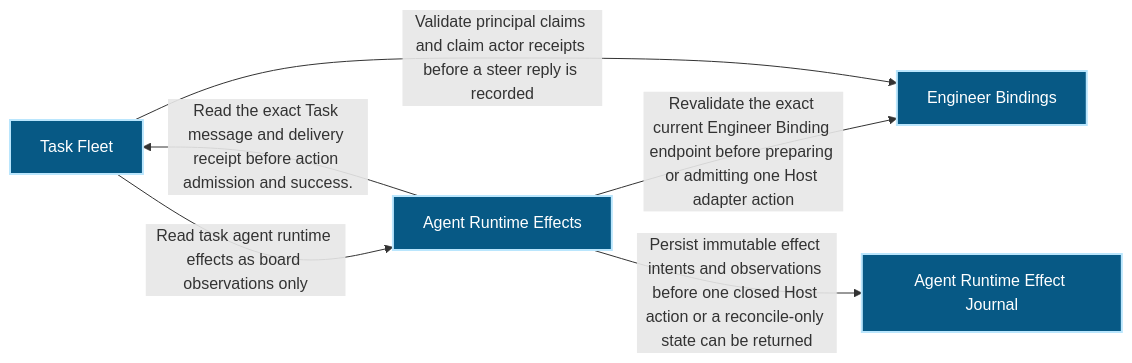
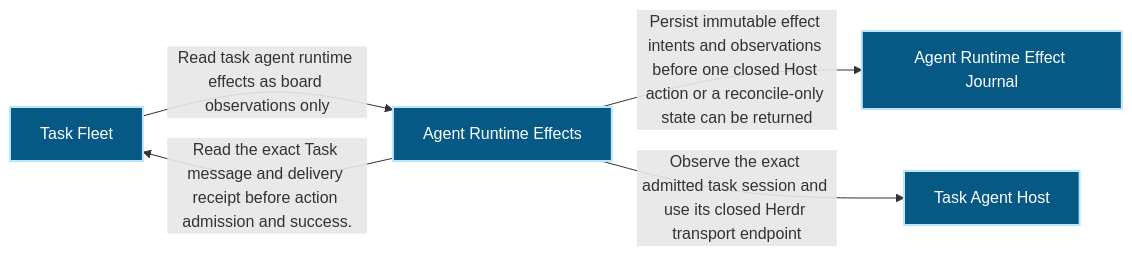
Before and after one commit to Ancienttwo/repo-harness: the first of 2 diagrams in docs/architecture/modules/runtime-harness/agent-runtime-effects.md, drawn with Mermaid. The commit also changed other lines of this file and 27 other files, not shown here.

First line of the commit message:
chore(projection): refresh generated architecture outputs for main@bbf18043e43e

````diff
--- a/docs/architecture/modules/runtime-harness/agent-runtime-effects.md
+++ b/docs/architecture/modules/runtime-harness/agent-runtime-effects.md
@@ -16,16 +16,15 @@
 ```mermaid
 flowchart LR
   p1_capability_organization_task_fleet_134b5125["Task Fleet"]:::component
   p1_capability_runtime_harness_agent_runtime_effects_f1bcf433["Agent Runtime Effects"]:::component
-  p1_capability_runtime_harness_engineer_bindings_34c00f72["Engineer Bindings"]:::component
+  p1_capability_runtime_harness_task_agent_host_d81dadb6["Task Agent Host"]:::component
   p1_component_agent_runtime_effects_journal_f6727f8f["Agent Runtime Effect Journal"]:::component
-  p1_capability_runtime_harness_agent_runtime_effects_f1bcf433 -->|"Revalidate the exact current Engineer Binding endpoint before preparing or admitting one Host adapter action"| p1_capability_runtime_harness_engineer_bindings_34c00f72
   p1_capability_runtime_harness_agent_runtime_effects_f1bcf433 -->|"Persist immutable effect intents and observations before one closed Host action or a reconcile-only state can be returned"| p1_component_agent_runtime_effects_journal_f6727f8f
+  p1_capability_runtime_harness_agent_runtime_effects_f1bcf433 -->|"Observe the exact admitted task session and use its closed Herdr transport endpoint"| p1_capability_runtime_harness_task_agent_host_d81dadb6
   p1_capability_runtime_harness_agent_runtime_effects_f1bcf433 -->|"Read the exact Task message and delivery receipt before action admission and success."| p1_capability_organization_task_fleet_134b5125
   p1_capability_organization_task_fleet_134b5125 -->|"Read task agent runtime effects as board observations only"| p1_capability_runtime_harness_agent_runtime_effects_f1bcf433
-  p1_capability_organization_task_fleet_134b5125 -->|"Validate principal claims and claim actor receipts before a steer reply is recorded"| p1_capability_runtime_harness_engineer_bindings_34c00f72
   classDef actor fill:#111827,color:#ffffff,stroke:#f9fafb,stroke-width:2px
   classDef component fill:#075985,color:#ffffff,stroke:#bae6fd,stroke-width:2px
   classDef datastore fill:#3f6212,color:#ffffff,stroke:#d9f99d,stroke-width:2px
   classDef external fill:#7c2d12,color:#ffffff,stroke:#fed7aa,stroke-width:2px
 ```
````
